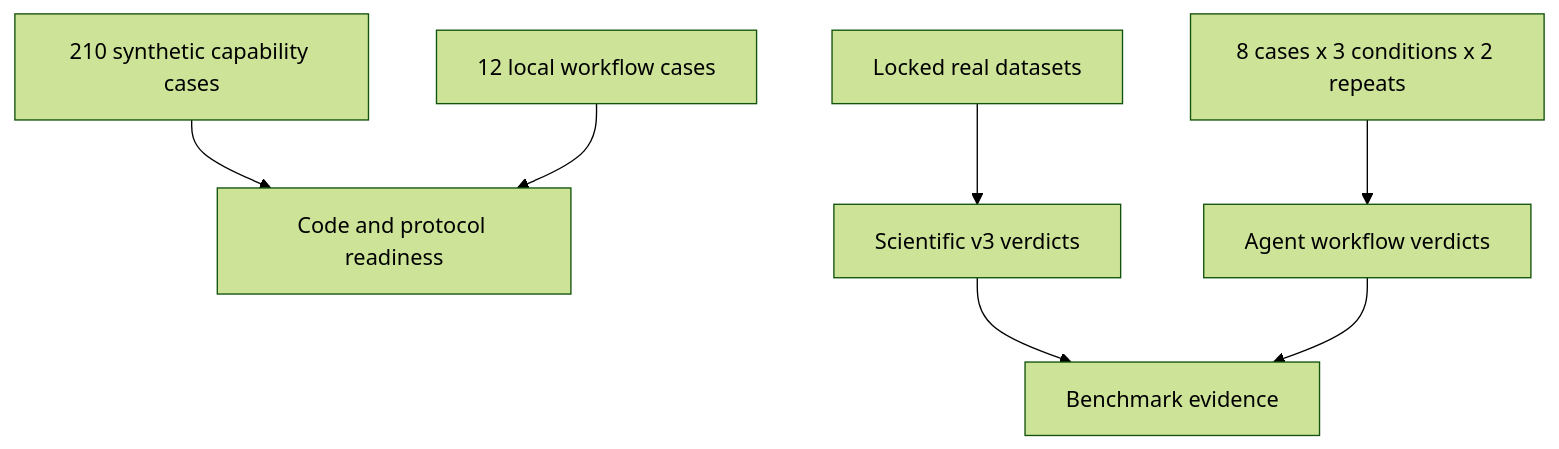
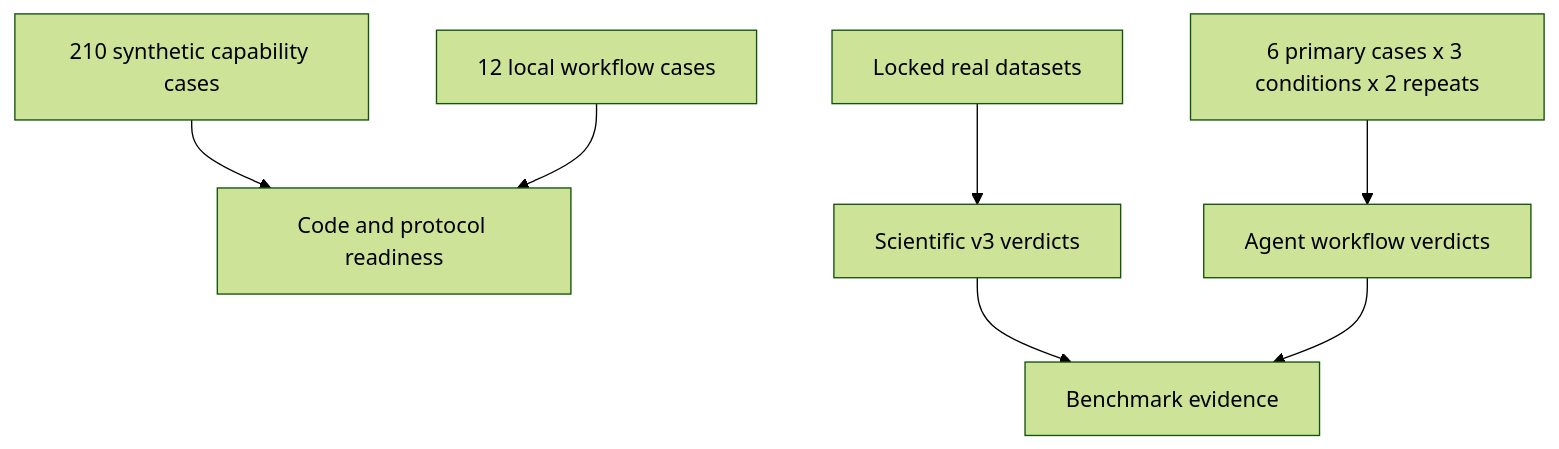
One commit to cyclization-w/Pertura changed the second of 2 diagrams in README.md. Above: the diagram before and after it, drawn with Mermaid (forest theme). The commit also changed other lines of this file and 61 other files, not shown here.

````diff
--- a/README.md
+++ b/README.md
@@ -161,9 +161,9 @@
 ```mermaid
 flowchart TD
     S["210 synthetic capability cases"] --> C["Code and protocol readiness"]
     L["12 local workflow cases"] --> C
     D["Locked real datasets"] --> R["Scientific v3 verdicts"]
-    A["8 cases x 3 conditions x 2 repeats"] --> W["Agent workflow verdicts"]
+    A["6 primary cases x 3 conditions x 2 repeats"] --> W["Agent workflow verdicts"]
     R --> B["Benchmark evidence"]
     W --> B
 ```
````
